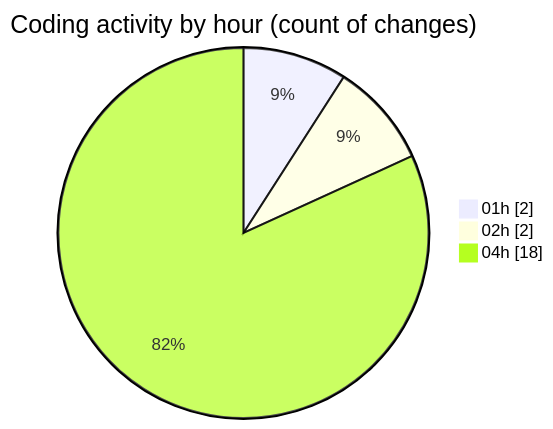
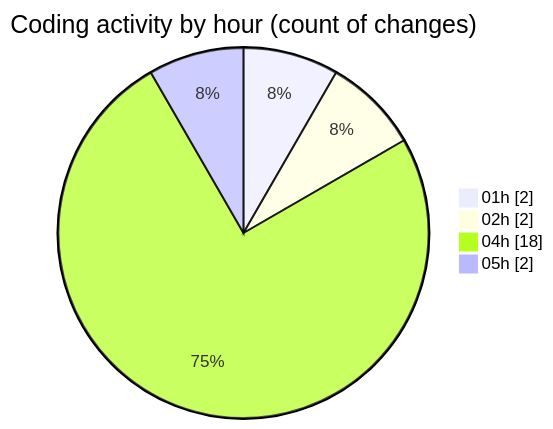
One commit to tmsrecording-cyber/code-tracking changed the second of 2 diagrams in 2026-02-05/singularitybrainai/README.md. Above: the diagram before and after it, drawn with Mermaid. The commit also changed other lines of this file and 1 other file, not shown here.

````diff
--- a/2026-02-05/singularitybrainai/README.md
+++ b/2026-02-05/singularitybrainai/README.md
@@ -30,7 +30,8 @@
 ```mermaid
 pie showData
 title Coding activity by hour (count of changes)
 "01h" : 2
 "02h" : 2
 "04h" : 18
+"05h" : 2
 ```
````
